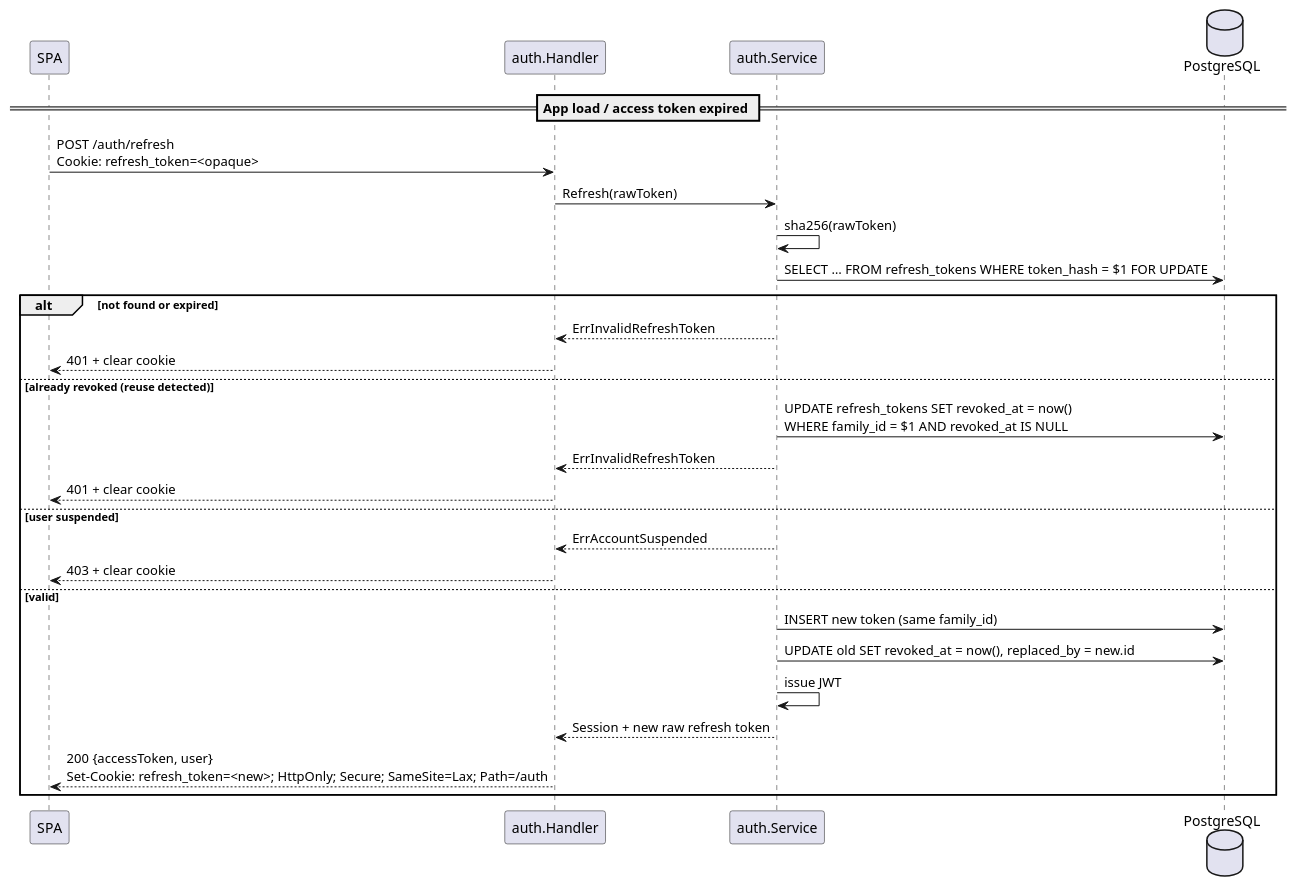
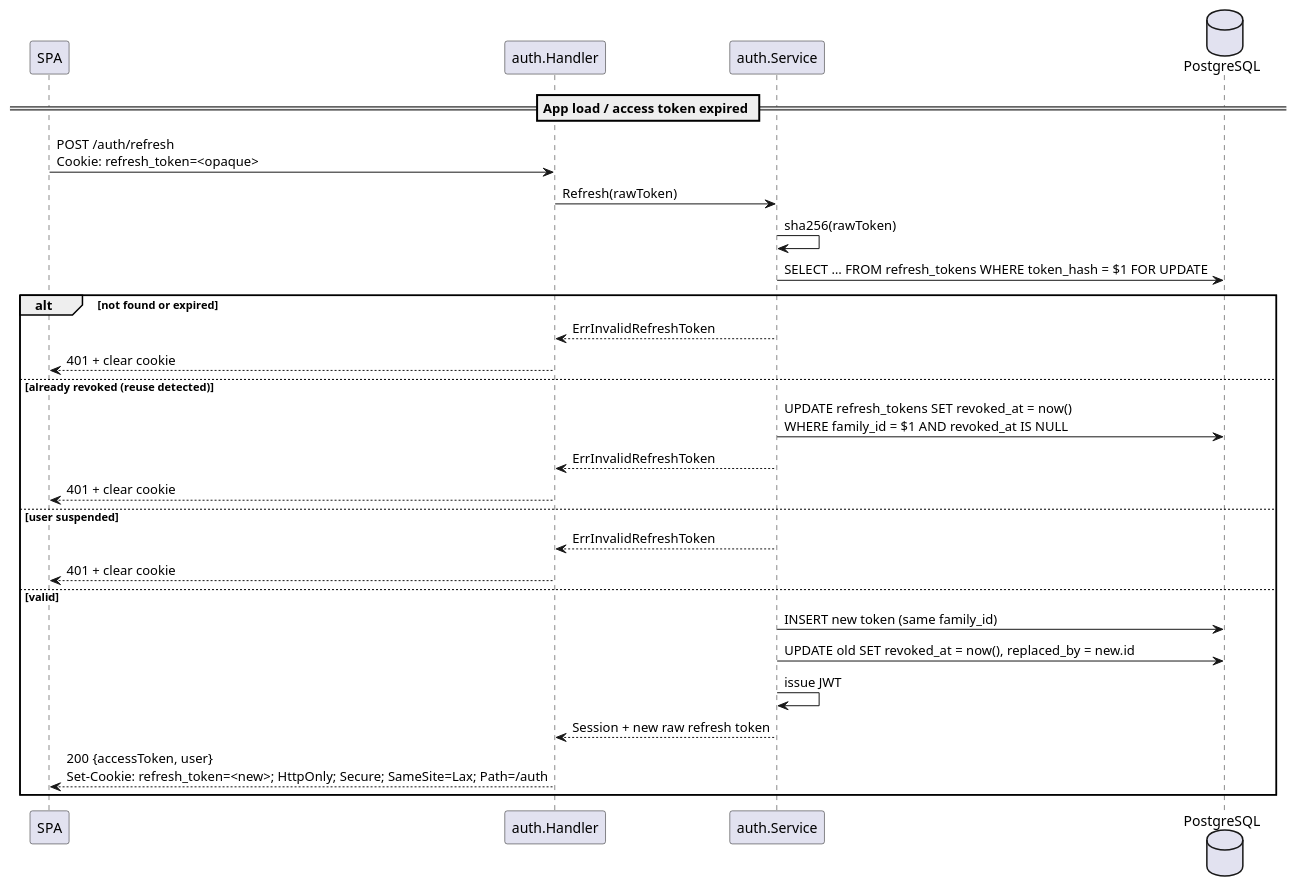
One commit to Titip-Dong/titipdong-be changed the fifth of 5 diagrams in docs/features/auth.md. Above: the diagram before and after it, drawn with PlantUML. The commit also changed other lines of this file and 11 other files, not shown here.

````diff
--- a/docs/features/auth.md
+++ b/docs/features/auth.md
@@ -279,31 +307,31 @@
 ```plantuml
 @startuml
 participant "SPA" as FE
 participant "auth.Handler" as H
 participant "auth.Service" as S
 database PostgreSQL as DB
 
 == App load / access token expired ==
 FE -> H : POST /auth/refresh\nCookie: refresh_token=<opaque>
 H -> S : Refresh(rawToken)
 S -> S : sha256(rawToken)
 S -> DB : SELECT … FROM refresh_tokens WHERE token_hash = $1 FOR UPDATE
 alt not found or expired
   S --> H : ErrInvalidRefreshToken
   H --> FE : 401 + clear cookie
 else already revoked (reuse detected)
   S -> DB : UPDATE refresh_tokens SET revoked_at = now()\nWHERE family_id = $1 AND revoked_at IS NULL
   S --> H : ErrInvalidRefreshToken
   H --> FE : 401 + clear cookie
 else user suspended
-  S --> H : ErrAccountSuspended
-  H --> FE : 403 + clear cookie
+  S --> H : ErrInvalidRefreshToken
+  H --> FE : 401 + clear cookie
 else valid
   S -> DB : INSERT new token (same family_id)
   S -> DB : UPDATE old SET revoked_at = now(), replaced_by = new.id
   S -> S : issue JWT
   S --> H : Session + new raw refresh token
   H --> FE : 200 {accessToken, user}\nSet-Cookie: refresh_token=<new>; HttpOnly; Secure; SameSite=Lax; Path=/auth
 end
 @enduml
 ```
````
